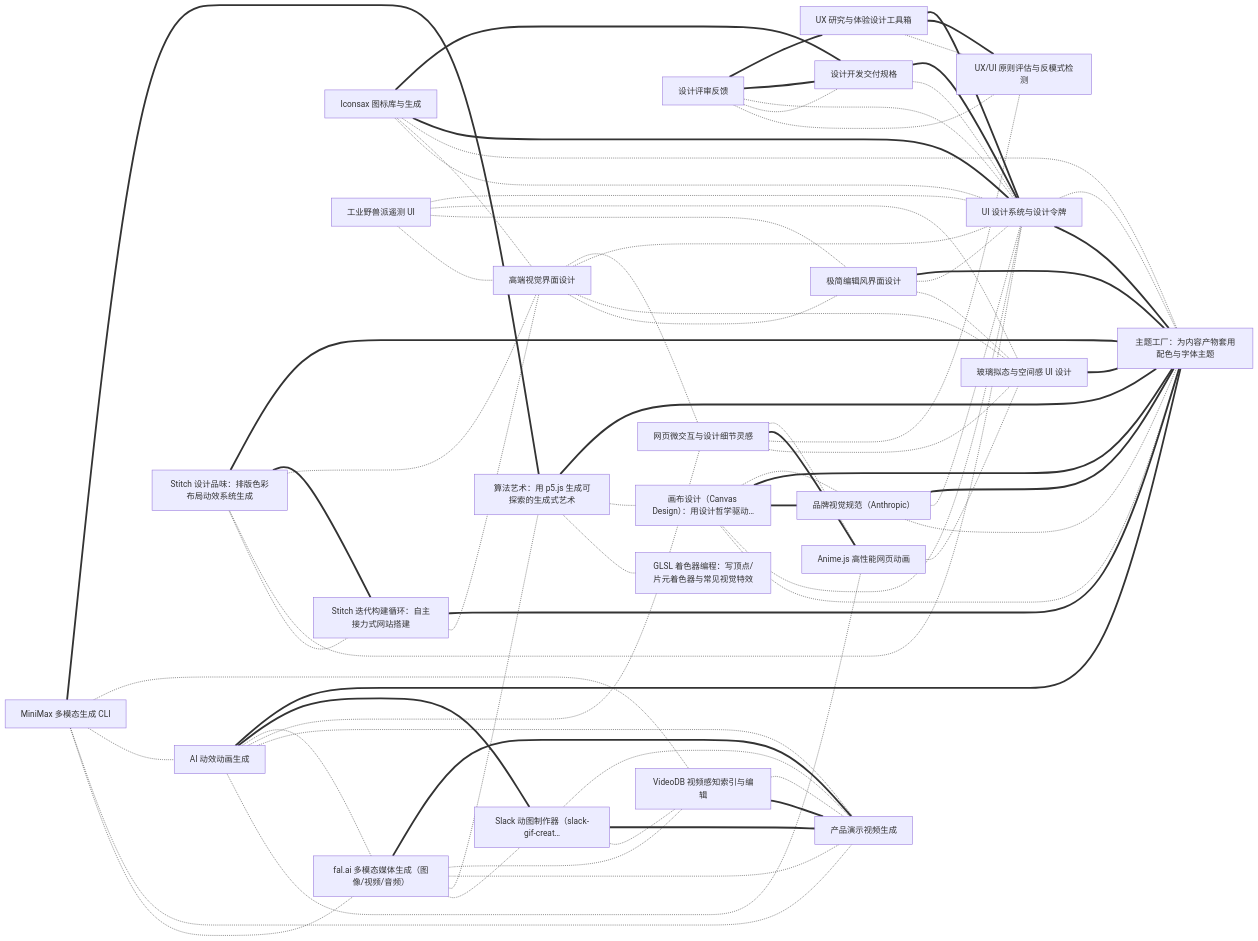
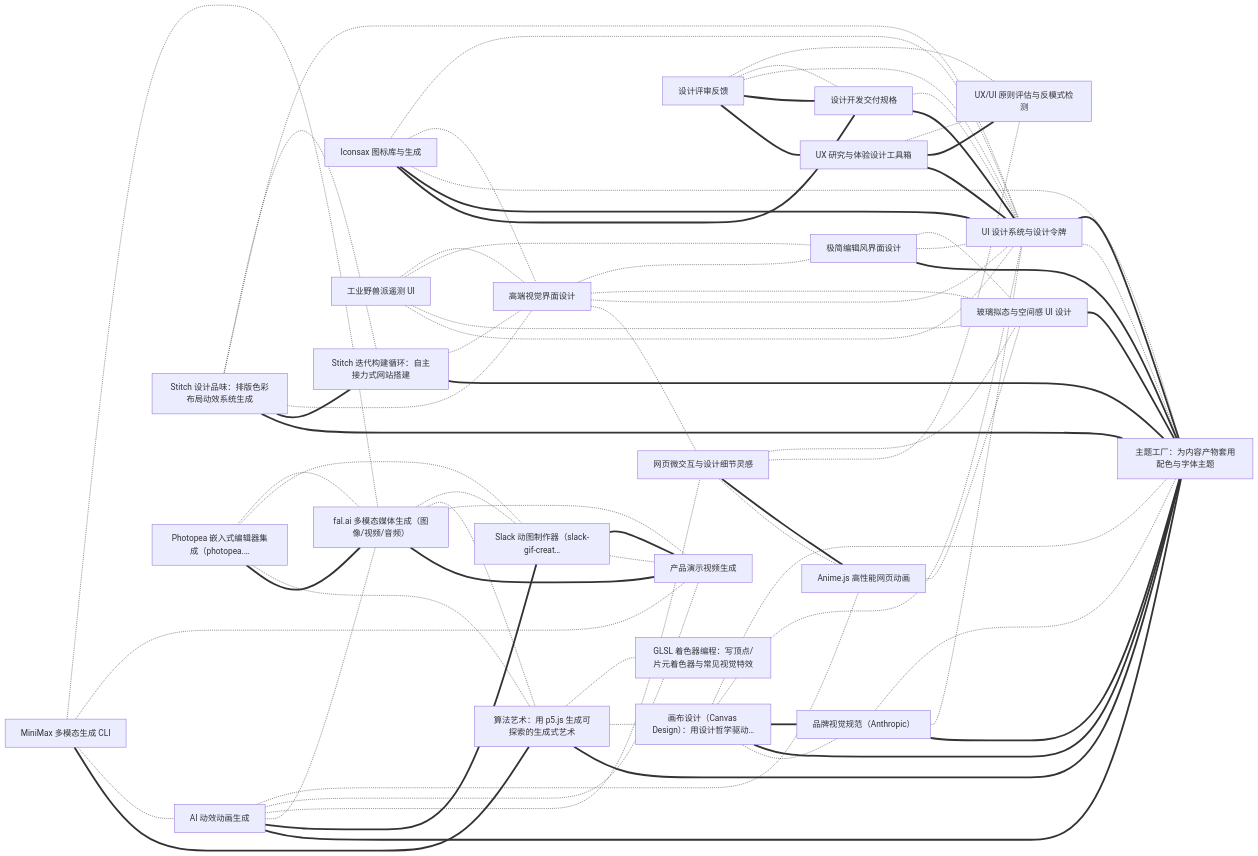
One commit to findscripter/everything-skills changed the eighth of 12 diagrams in INDEX/graph.md. Above: the diagram before and after it, drawn with Mermaid. The commit also changed other lines of this file and 12 other files, not shown here.

````diff
--- a/INDEX/graph.md
+++ b/INDEX/graph.md
@@ -759,8 +756,8 @@
   iconsax-icon-library["Iconsax 图标库与生成"]
   industrial-brutalist-ui["工业野兽派遥测 UI"]
   minimalist-editorial-ui["极简编辑风界面设计"]
+  photopea-embedded-editor["Photopea 嵌入式编辑器集成（photopea.…"]
   stitch-iterative-build-loop["Stitch 迭代构建循环：自主接力式网站搭建"]
-  videodb-perception-editing["VideoDB 视频感知索引与编辑"]
   algorithmic-art -.- glsl-shader-programming
   algorithmic-art -.- canvas-design
   algorithmic-art === theme-factory
@@ -774,7 +771,6 @@
   canvas-design -.- ui-design-system-builder
   canvas-design === brand-guidelines
   canvas-design === theme-factory
-  demo-video-generator -.- videodb-perception-editing
   demo-video-generator -.- slack-gif-creator
   design-critique -.- ux-ui-principles-audit
   design-critique -.- design-dev-handoff
@@ -789,7 +785,6 @@
   fal-ai-media-generation -.- slack-gif-creator
   fal-ai-media-generation -.- algorithmic-art
   fal-ai-media-generation -.- demo-video-generator
-  fal-ai-media-generation -.- videodb-perception-editing
   fal-ai-media-generation === demo-video-generator
   glassmorphism-ui-design === theme-factory
   high-end-visual-design -.- minimalist-editorial-ui
@@ -817,9 +812,11 @@
   minimax-media-cli -.- fal-ai-media-generation
   minimax-media-cli -.- demo-video-generator
   minimax-media-cli -.- magic-motion-animator
-  minimax-media-cli -.- videodb-perception-editing
   minimax-media-cli === algorithmic-art
-  slack-gif-creator -.- videodb-perception-editing
+  photopea-embedded-editor -.- fal-ai-media-generation
+  photopea-embedded-editor -.- slack-gif-creator
+  photopea-embedded-editor -.- algorithmic-art
+  photopea-embedded-editor === fal-ai-media-generation
   slack-gif-creator === demo-video-generator
   stitch-design-system-taste -.- stitch-iterative-build-loop
   stitch-design-system-taste -.- ui-design-system-builder
@@ -833,5 +830,4 @@
   ux-research-design-toolkit -.- ux-ui-principles-audit
   ux-research-design-toolkit === ux-ui-principles-audit
   ux-research-design-toolkit === ui-design-system-builder
-  videodb-perception-editing === demo-video-generator
 ```
````
